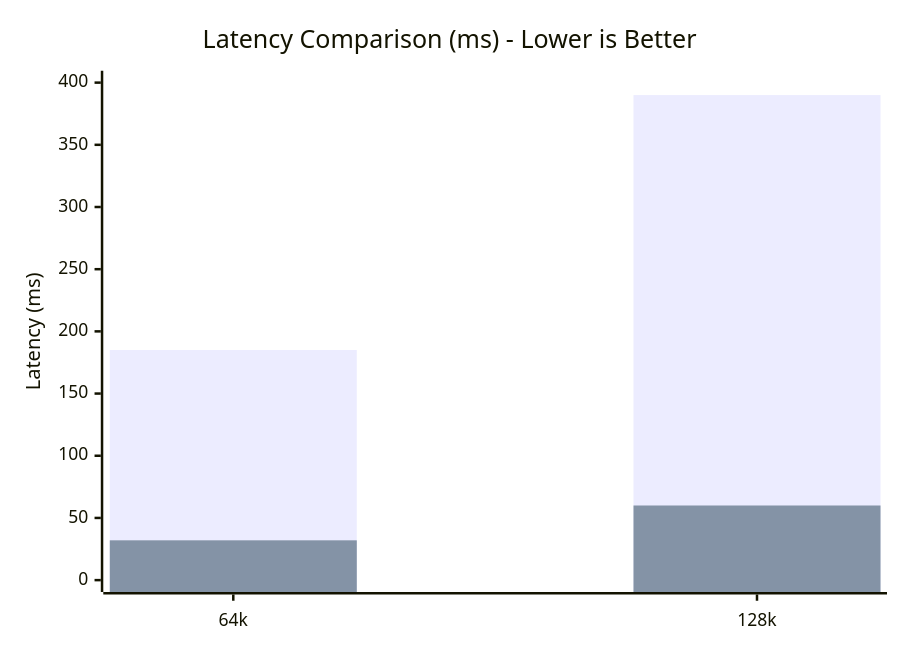
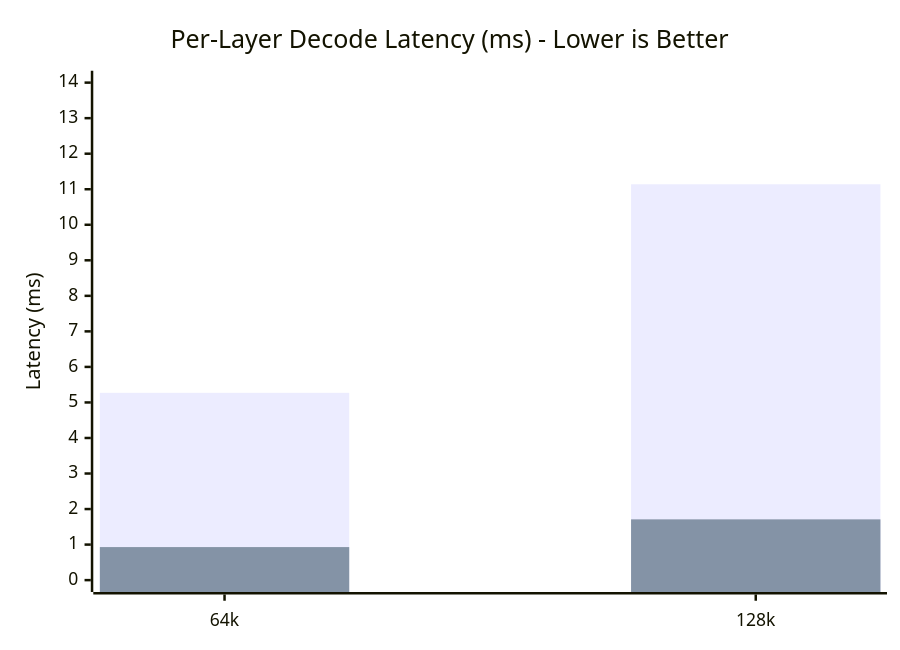
Before and after one commit to mohamedhossammohamed/MZSAE: the diagram in docs/benchmarks.md, drawn with Mermaid. The commit also changed other lines of this file and 18 other files, not shown here.

````diff
--- a/docs/benchmarks.md
+++ b/docs/benchmarks.md
@@ -32,8 +34,8 @@
 ```mermaid
 xychart-beta
-    title "Latency Comparison (ms) - Lower is Better"
+    title "Per-Layer Decode Latency (ms) - Lower is Better"
     x-axis ["64k", "128k"]
-    y-axis "Latency (ms)" 0 --> 400
-    bar [185, 390]
-    bar [32, 60]
+    y-axis "Latency (ms)" 0 --> 14
+    bar [5.27, 11.14]
+    bar [0.93, 1.71]
 ```
````
